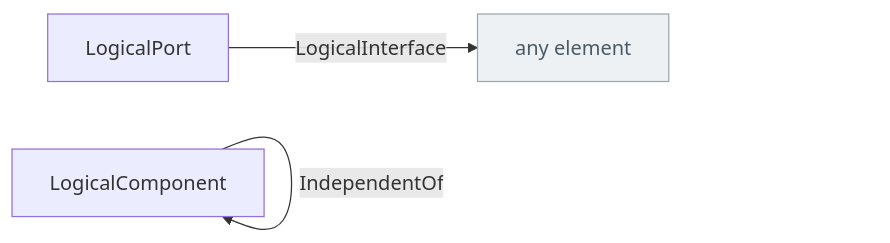
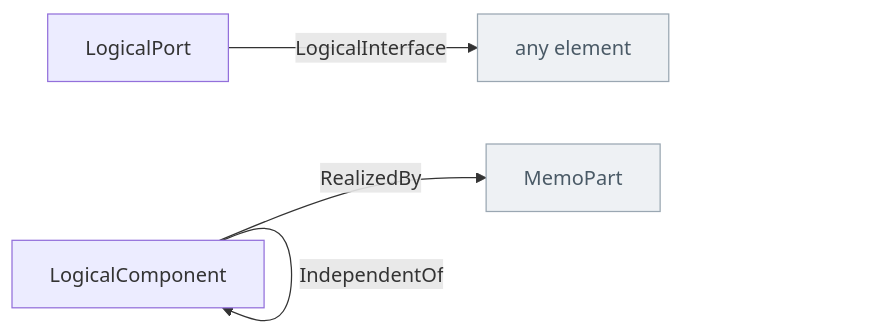
One commit to memoarchitect/memo changed the diagram in docs/ontology/_generated/logical.md. Above: the diagram before and after it, drawn with Mermaid. The commit also changed other lines of this file and 13 other files, not shown here.

````diff
--- a/docs/ontology/_generated/logical.md
+++ b/docs/ontology/_generated/logical.md
@@ -34,10 +34,12 @@
 ```mermaid
 flowchart LR
   LogicalPort["LogicalPort"]
   anyElement["any element"]:::other
   LogicalComponent["LogicalComponent"]
+  MemoPart["MemoPart"]:::other
   LogicalPort -->|LogicalInterface| anyElement
   LogicalComponent -->|LogicalConnector| LogicalComponent
   LogicalComponent -->|IndependentOf| LogicalComponent
+  LogicalComponent -->|RealizedBy| MemoPart
   classDef other fill:#eef1f4,stroke:#9aa7b2,color:#4a5a66
 ```
````
